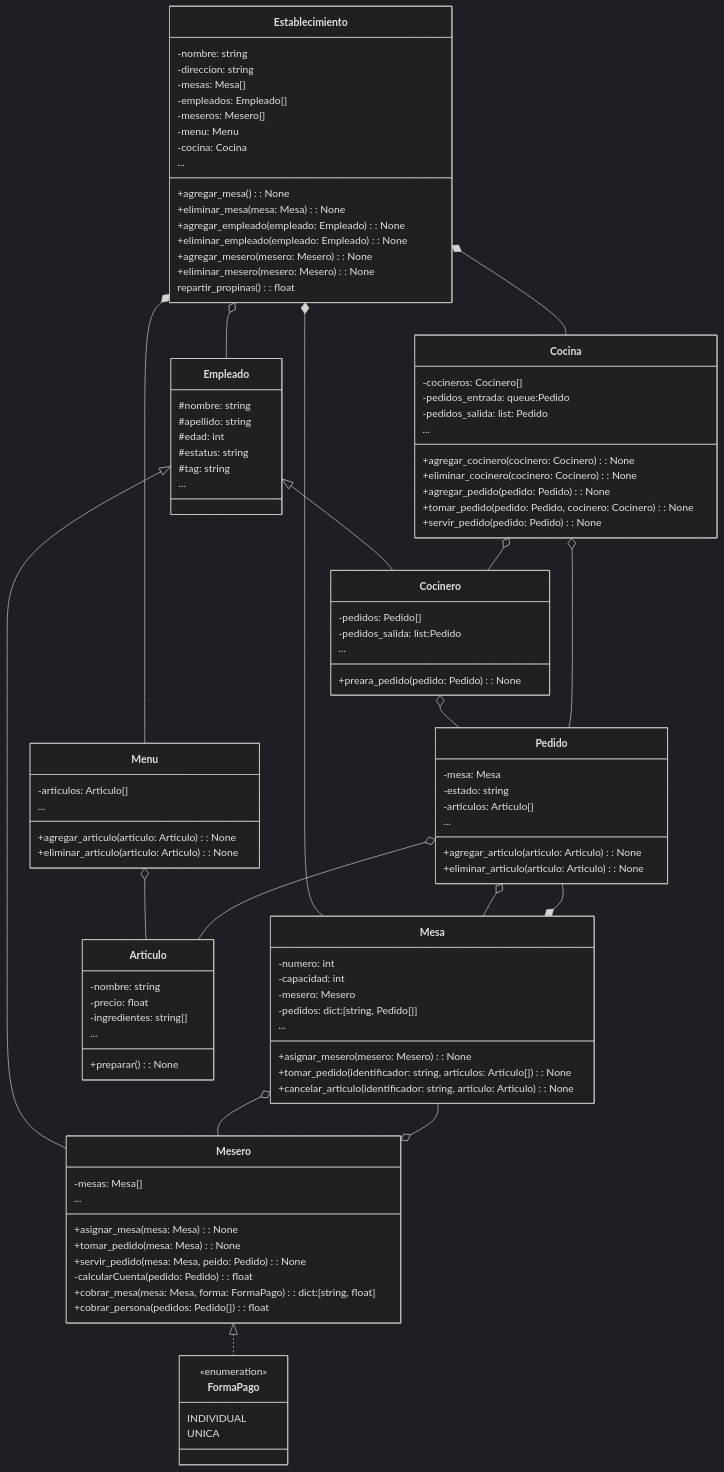
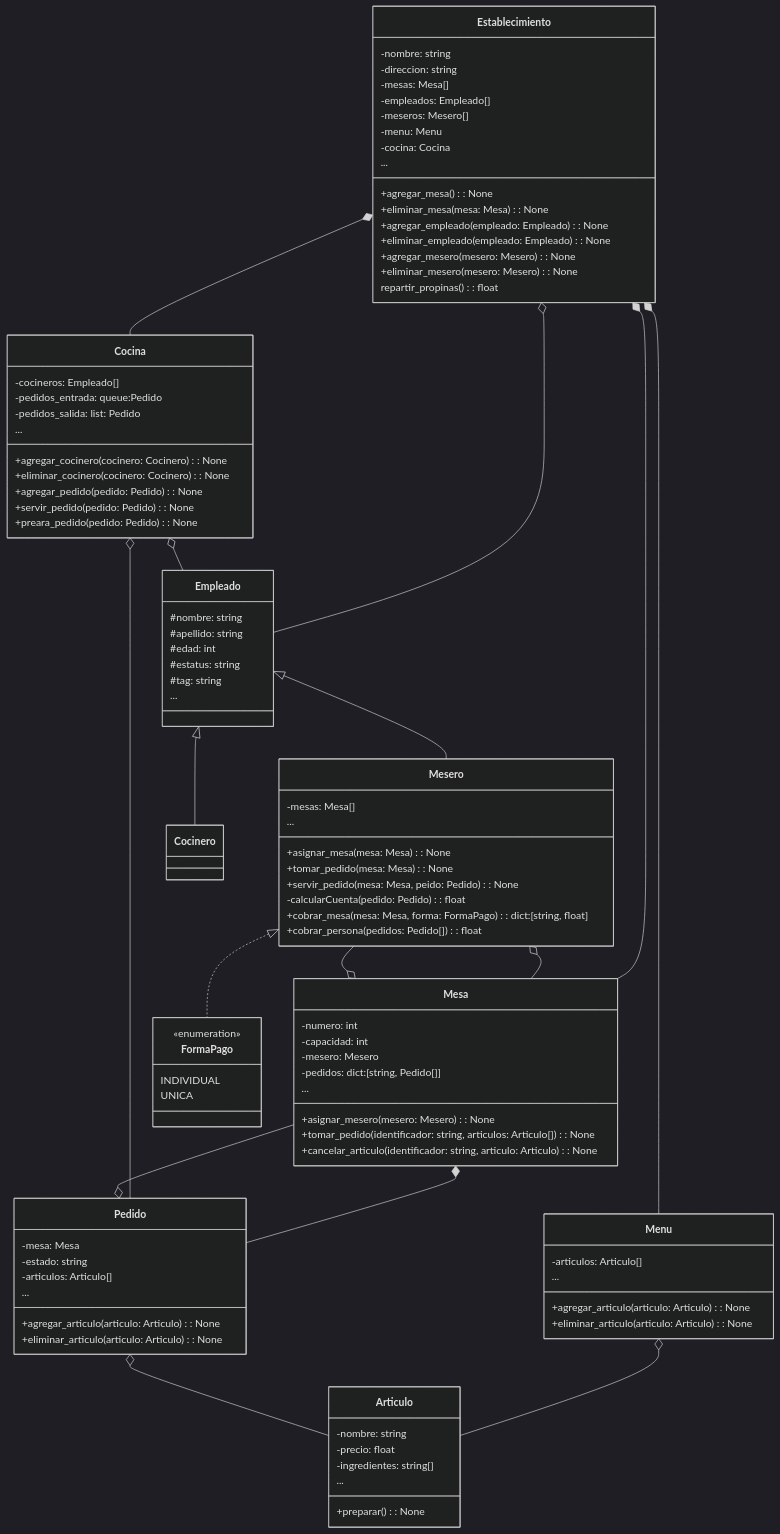
The diagram in UML.md (joseAcevesG/SOFT_RESTAURANT), drawn with Mermaid (dark theme) before and after one commit.

````diff
--- a/UML.md
+++ b/UML.md
@@ -23,14 +23,14 @@
     }
 
     class Cocina{
-        -cocineros: Cocinero[]
+        -cocineros: Empleado[]
         -pedidos_entrada: queue:Pedido
         -pedidos_salida: list: Pedido
         +agregar_cocinero(cocinero: Cocinero): None
         +eliminar_cocinero(cocinero: Cocinero): None
         +agregar_pedido(pedido: Pedido): None
-        +tomar_pedido(pedido: Pedido, cocinero: Cocinero): None
         +servir_pedido(pedido: Pedido): None
+        +preara_pedido(pedido: Pedido): None
         ...
     }
 
@@ -40,13 +40,6 @@
         #edad: int
         #estatus: string
         #tag: string
-        ...
-    }
-
-    class Cocinero{
-        -pedidos: Pedido[]
-        -pedidos_salida: list:Pedido
-        +preara_pedido(pedido: Pedido): None
         ...
     }
 
@@ -114,9 +107,8 @@
     Pedido o--Mesa
     Empleado <|-- Cocinero
     Mesero <|.. FormaPago
-    Cocina o-- Cocinero
+    Cocina o-- Empleado
     Mesa o-- Mesero
     Mesero o-- Mesa
-    Cocinero o-- Pedido
     Cocina o-- Pedido
 ```
````
